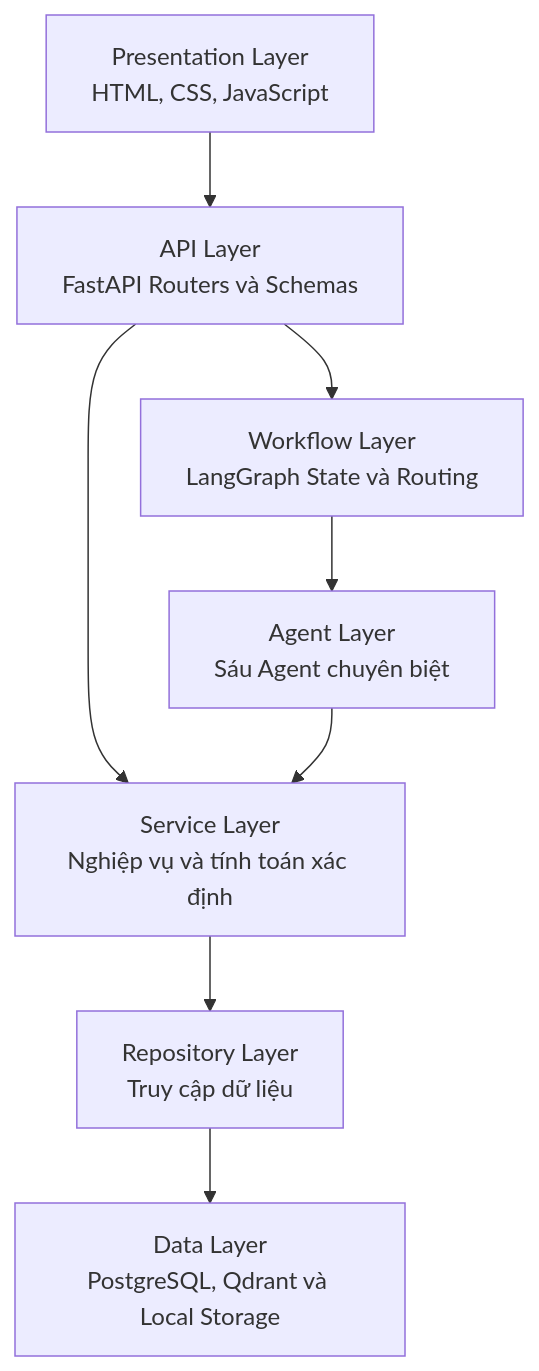
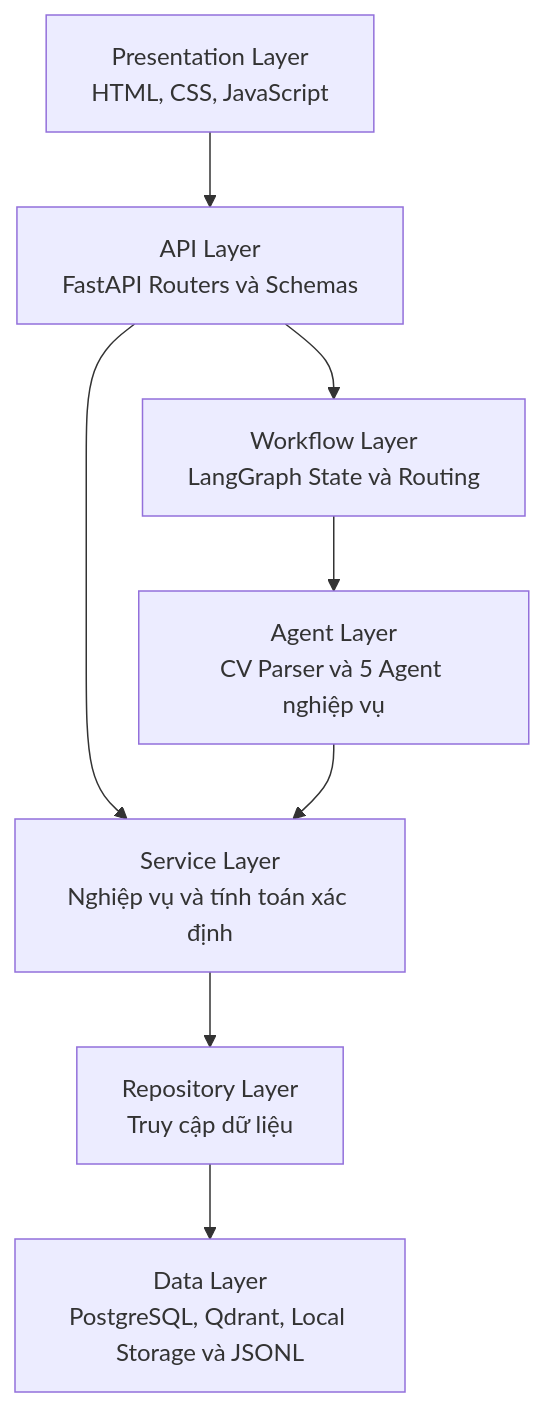
The second of 7 diagrams in docs/architecture-as-is.md (coderiukl/multi-agent-job-assistant), drawn with Mermaid before and after one commit. The commit also changed other lines of this file, not shown here.

Commit message:
docs: sync as-is architecture with auth, CV worker and HITL workflow

````diff
--- a/docs/architecture-as-is.md
+++ b/docs/architecture-as-is.md
@@ -61,18 +54,18 @@
 ```mermaid
 flowchart TD
     L1["Presentation Layer<br/>HTML, CSS, JavaScript"]
     L2["API Layer<br/>FastAPI Routers và Schemas"]
     L3["Workflow Layer<br/>LangGraph State và Routing"]
-    L4["Agent Layer<br/>Sáu Agent chuyên biệt"]
+    L4["Agent Layer<br/>CV Parser và 5 Agent nghiệp vụ"]
     L5["Service Layer<br/>Nghiệp vụ và tính toán xác định"]
     L6["Repository Layer<br/>Truy cập dữ liệu"]
-    L7["Data Layer<br/>PostgreSQL, Qdrant và Local Storage"]
+    L7["Data Layer<br/>PostgreSQL, Qdrant, Local Storage và JSONL"]
 
     L1 --> L2
     L2 --> L3
     L2 --> L5
     L3 --> L4
     L4 --> L5
     L5 --> L6
     L6 --> L7
 ```
````
